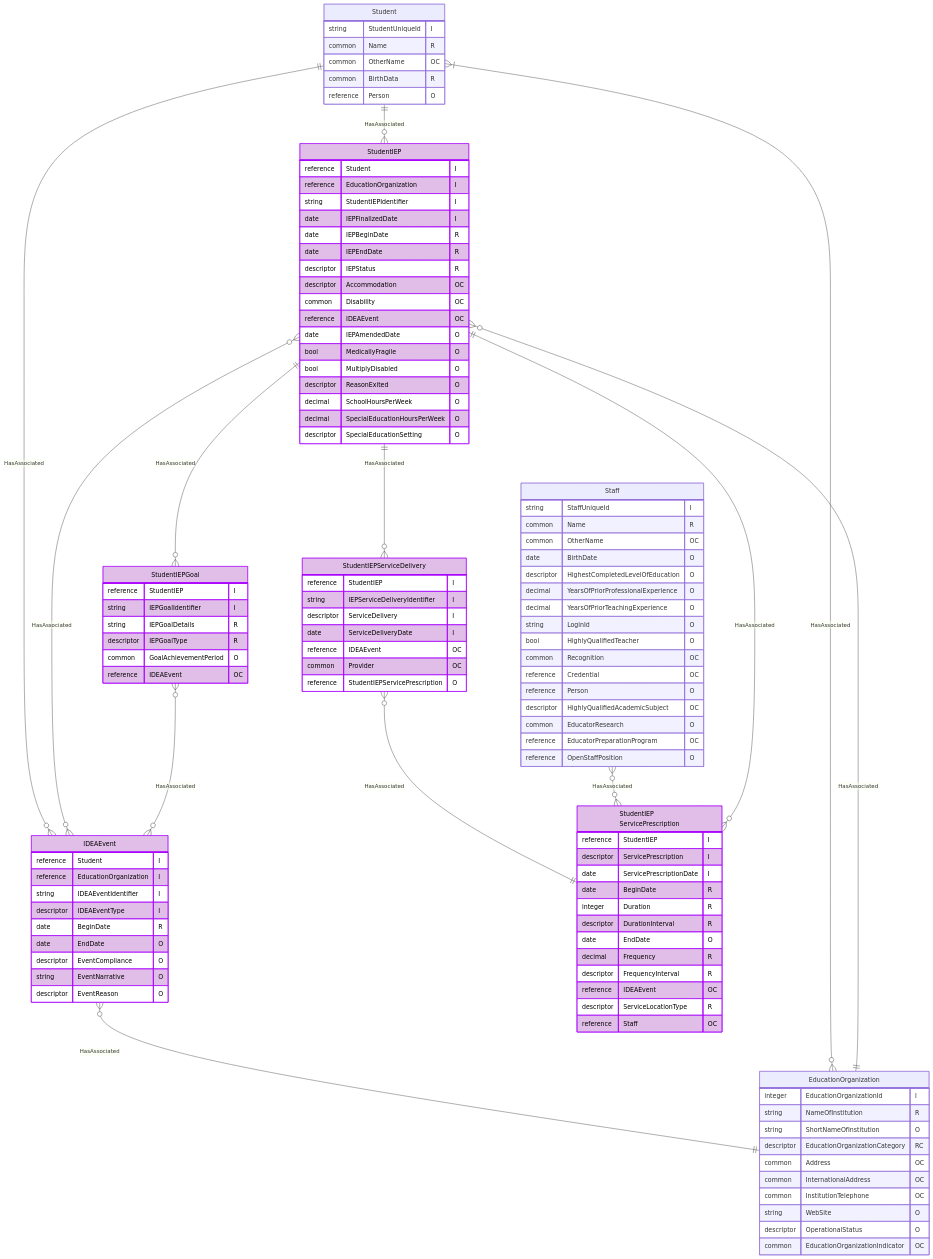
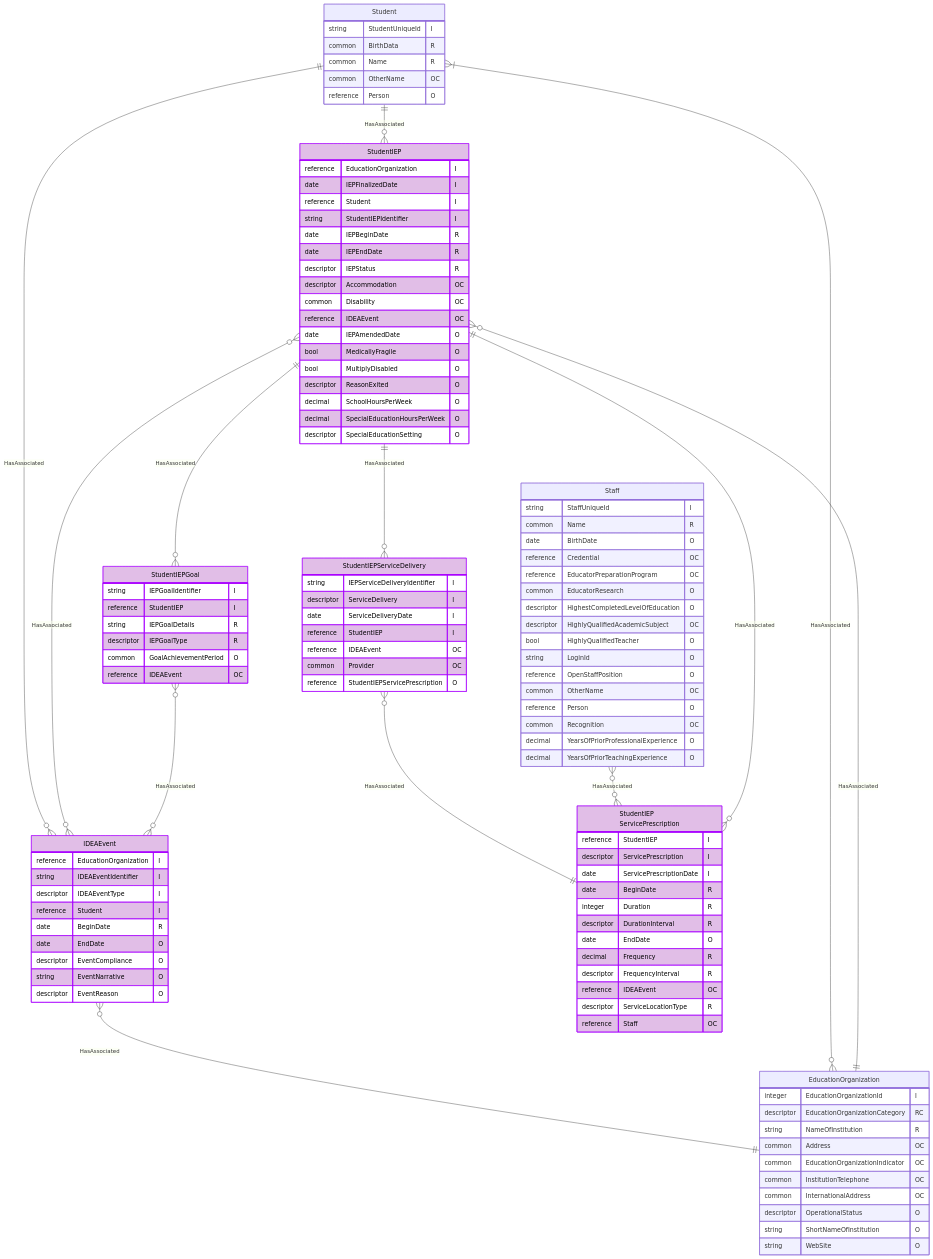
One commit to Ed-Fi-Alliance-OSS/ed-fi-alliance-oss.github.io changed the diagram in dataStandard_versioned_docs/version-6/model-reference/special-education-data-model-domain/SpecialEducationDataModel.mmd. Above: the diagram before and after it, drawn with Mermaid. The commit also changed other lines of this file, not shown here.

First line of the commit message:
[DATASTD-2631] Reorder Special Education Data Model UML attributes to list identities at the top

```diff
--- a/dataStandard_versioned_docs/version-6/model-reference/special-education-data-model-domain/SpecialEducationDataModel.mmd
+++ b/dataStandard_versioned_docs/version-6/model-reference/special-education-data-model-domain/SpecialEducationDataModel.mmd
@@ -1,124 +1,124 @@
 erDiagram
  StudentIEP {
+     reference EducationOrganization "I"
+     date IEPFinalizedDate "I"
      reference Student "I"
-     reference EducationOrganization "I"
      string StudentIEPIdentifier "I"
-     date IEPFinalizedDate "I"
      date IEPBeginDate "R"
      date IEPEndDate "R"
      descriptor IEPStatus "R"
      descriptor Accommodation "OC"
      common Disability "OC"
      reference IDEAEvent "OC"
      date IEPAmendedDate "O"
      bool MedicallyFragile "O"
      bool MultiplyDisabled "O"
      descriptor ReasonExited "O"
      decimal SchoolHoursPerWeek "O"
      decimal SpecialEducationHoursPerWeek "O"
      descriptor SpecialEducationSetting "O"
  }
 
  IDEAEvent {
-     reference Student "I"
      reference EducationOrganization "I"
      string IDEAEventIdentifier "I"
      descriptor IDEAEventType "I"
+     reference Student "I"
      date BeginDate "R"
      date EndDate "O"
      descriptor EventCompliance "O"
      string EventNarrative "O"
      descriptor EventReason "O"
  }
 
  EducationOrganization {
      integer EducationOrganizationId "I"
+     descriptor EducationOrganizationCategory "RC"
      string NameOfInstitution "R"
+     common Address "OC"
+     common EducationOrganizationIndicator "OC"
+     common InstitutionTelephone "OC"
+     common InternationalAddress "OC"
+     descriptor OperationalStatus "O"
      string ShortNameOfInstitution "O"
-     descriptor EducationOrganizationCategory "RC"
-     common Address "OC"
-     common InternationalAddress "OC"
-     common InstitutionTelephone "OC"
      string WebSite "O"
-     descriptor OperationalStatus "O"
-     common EducationOrganizationIndicator "OC"
  }
 
  StudentIEPServicePrescription["StudentIEP<br/>ServicePrescription"] {
      reference StudentIEP "I"
      descriptor ServicePrescription "I"
      date ServicePrescriptionDate "I"
      date BeginDate "R"
      integer Duration "R"
      descriptor DurationInterval "R"
      date EndDate "O"
      decimal Frequency "R"
      descriptor FrequencyInterval "R"
      reference IDEAEvent "OC"
      descriptor ServiceLocationType "R"
      reference Staff "OC"
  }
 
  StudentIEPServiceDelivery {
-     reference StudentIEP "I"
      string IEPServiceDeliveryIdentifier "I"
      descriptor ServiceDelivery "I"
      date ServiceDeliveryDate "I"
+     reference StudentIEP "I"
      reference IDEAEvent "OC"
      common Provider "OC"
      reference StudentIEPServicePrescription "O"
  }
 
  Student {
      string StudentUniqueId "I"
+     common BirthData "R"
      common Name "R"
      common OtherName "OC"
-     common BirthData "R"
      reference Person "O"
  }
 
  Staff {
      string StaffUniqueId "I"
      common Name "R"
+     date BirthDate "O"
+     reference Credential "OC"
+     reference EducatorPreparationProgram "OC"
+     common EducatorResearch "O"
+     descriptor HighestCompletedLevelOfEducation "O"
+     descriptor HighlyQualifiedAcademicSubject "OC"
+     bool HighlyQualifiedTeacher "O"
+     string LoginId "O"
+     reference OpenStaffPosition "O"
      common OtherName "OC"
-     date BirthDate "O"
-     descriptor HighestCompletedLevelOfEducation "O"
+     reference Person "O"
+     common Recognition "OC"
      decimal YearsOfPriorProfessionalExperience "O"
      decimal YearsOfPriorTeachingExperience "O"
-     string LoginId "O"
-     bool HighlyQualifiedTeacher "O"
-     common Recognition "OC"
-     reference Credential "OC"
-     reference Person "O"
-     descriptor HighlyQualifiedAcademicSubject "OC"
-     common EducatorResearch "O"
-     reference EducatorPreparationProgram "OC"
-     reference OpenStaffPosition "O"
  }
 
  StudentIEPGoal {
+     string IEPGoalIdentifier "I"
      reference StudentIEP "I"
-     string IEPGoalIdentifier "I"
      string IEPGoalDetails "R"
      descriptor IEPGoalType "R"
      common GoalAchievementPeriod "O"
      reference IDEAEvent "OC"
  }
     IDEAEvent }o--|| EducationOrganization : "HasAssociated"
     StudentIEPServicePrescription }o--|| StudentIEP : "HasAssociated"
     StudentIEP ||--o{ StudentIEPGoal : "HasAssociated"
     StudentIEPServiceDelivery }o--|| StudentIEPServicePrescription : "HasAssociated"
     Student }|--o{ EducationOrganization : "HasAssociated"
     Student ||--o{ IDEAEvent : "HasAssociated"
     Student ||--o{ StudentIEP : "HasAssociated"
     StudentIEP }o--o{ IDEAEvent : "HasAssociated"
     Staff }o--o{ StudentIEPServicePrescription : "HasAssociated"
     StudentIEPGoal }o--o{ IDEAEvent : "HasAssociated"
     StudentIEP ||--o{ StudentIEPServiceDelivery : "HasAssociated"
     EducationOrganization ||--o{ StudentIEP : "HasAssociated"
 
     style StudentIEP fill:#E1BEE7,stroke:#AA00FF,color:#000000
     style IDEAEvent fill:#E1BEE7,stroke:#AA00FF,color:#000000
     style StudentIEPServicePrescription fill:#E1BEE7,stroke:#AA00FF,color:#000000
     style StudentIEPServiceDelivery fill:#E1BEE7,stroke:#AA00FF,color:#000000
     style StudentIEPGoal fill:#E1BEE7,stroke:#AA00FF,color:#000000
```
